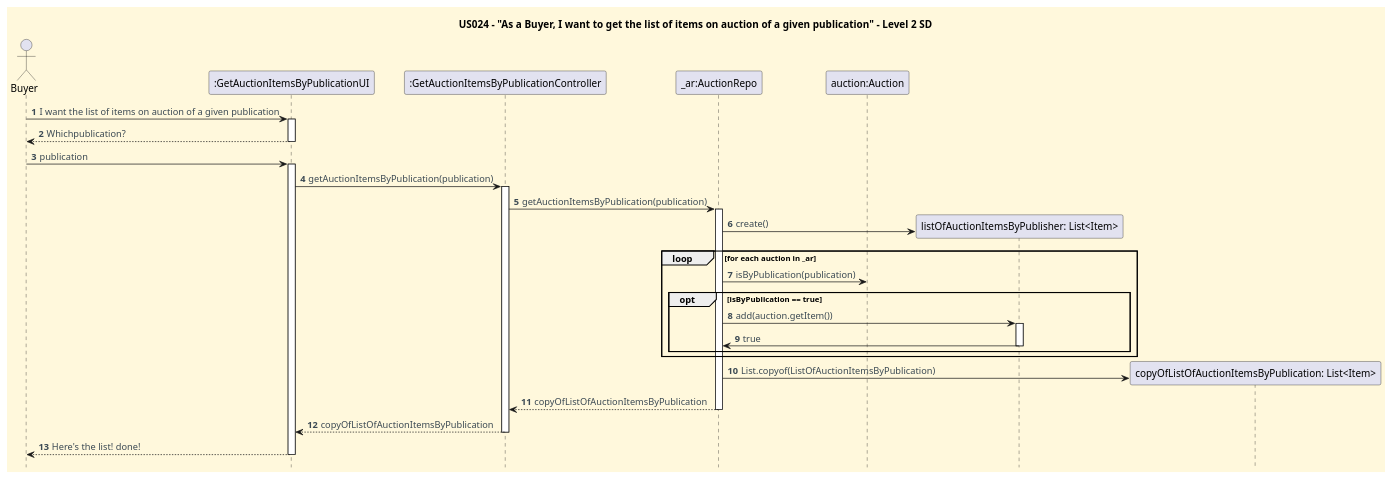
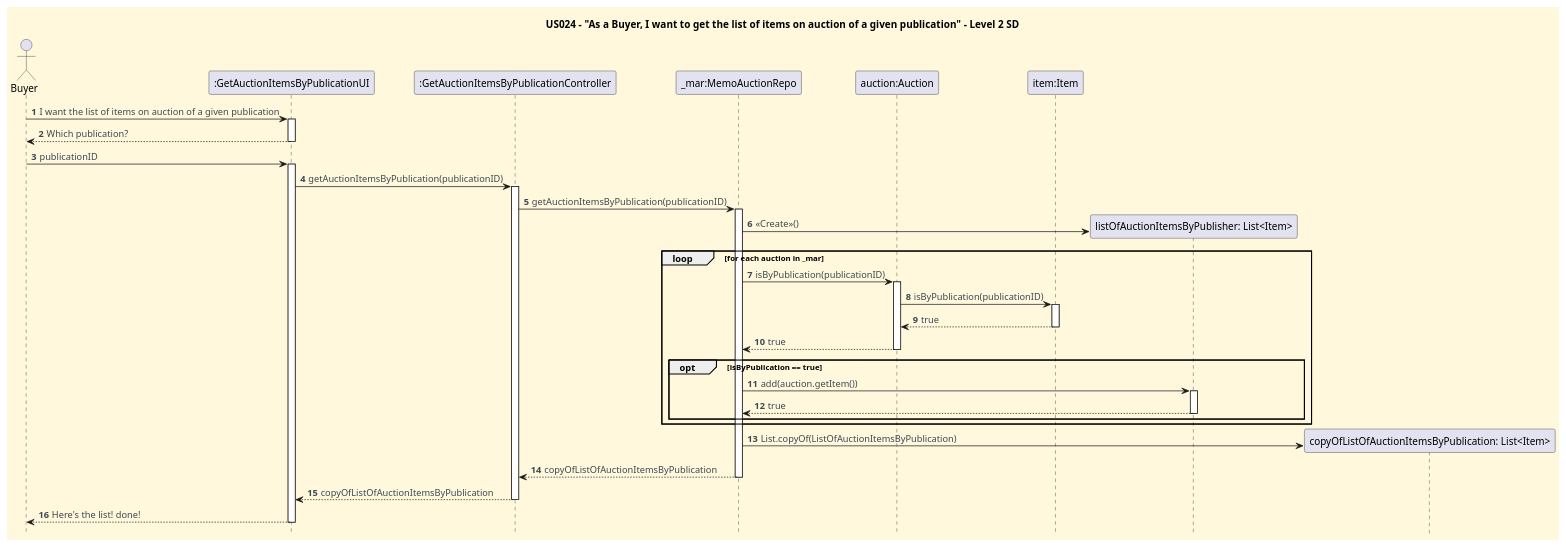
The diagram in docs/userStories/US024/US024_get_list_of_items_on_auction_of_given_publication_SD_2.puml (CarolinaLeite-collab/JavaMarketplacePlatform), drawn with PlantUML before and after one commit. The commit also changed 2 other files, not shown here.

```diff
--- a/docs/userStories/US024/US024_get_list_of_items_on_auction_of_given_publication_SD_2.puml
+++ b/docs/userStories/US024/US024_get_list_of_items_on_auction_of_given_publication_SD_2.puml
@@ -1,67 +1,75 @@
 @startuml
 title US024 - "As a Buyer, I want to get the list of items on auction of a given publication" - Level 2 SD
 hidefootbox
 
 '==== basic style ====
 skinparam monochrome false
 skinparam shadowing false
 skinparam defaultFontName Futura
 skinparam objectFontSize 20
 skinparam backgroundColor CornSilk
 skinparam objectBackgroundColor WhiteSmoke
 skinparam noteBackgroundColor #FFFFE0
 skinparam ArrowFontColor #3B4953
 skinparam ActivationBackgroundColor black
 
 autonumber
 autoactivate off
 
 ' --- Actor and participants ---
 actor Buyer
 participant ":GetAuctionItemsByPublicationUI" as UI
 participant ":GetAuctionItemsByPublicationController" as CTL
-participant "_ar:AuctionRepo" as AR
-participant "auction:Auction" as DS
+participant "_mar:MemoAuctionRepo" as mAR
+participant "auction:Auction" as AU
+participant "item:Item" as IT
 
 
 
 ' --- Dialog ---
 Buyer -> UI: I want the list of items on auction of a given publication
 activate UI
-UI --> Buyer: Whichpublication?
+UI --> Buyer: Which publication?
 deactivate UI
-Buyer -> UI: publication
+Buyer -> UI: publicationID
 activate UI
-UI -> CTL: getAuctionItemsByPublication(publication)
+UI -> CTL: getAuctionItemsByPublication(publicationID)
 activate CTL
-CTL -> AR: getAuctionItemsByPublication(publication)
-activate AR
+CTL -> mAR: getAuctionItemsByPublication(publicationID)
+activate mAR
 
 create "listOfAuctionItemsByPublisher: List<Item>" as List
-AR -> List: create()
+mAR -> List: <<Create>>()
 
-loop for each auction in _ar
-    AR -> DS: isByPublication(publication)
-'    activate DS
-'    DS -> DSR: true
-'    deactivate DS
+loop for each auction in _mar
+    mAR -> AU: isByPublication(publicationID)
+    activate AU
+    AU -> IT: isByPublication(publicationID)
+    activate IT
+    IT --> AU: true
+    deactivate IT
+    AU --> mAR: true
+    deactivate AU
+
+
+
     opt isByPublication == true
-        AR -> List: add(auction.getItem())
+        mAR -> List: add(auction.getItem())
         activate List
-        List -> AR: true
+        List --> mAR: true
         deactivate List
     end
 end
 
 create "copyOfListOfAuctionItemsByPublication: List<Item>" as Copy
-AR -> Copy: List.copyof(ListOfAuctionItemsByPublication)
+mAR -> Copy: List.copyOf(ListOfAuctionItemsByPublication)
 
 
-AR --> CTL: copyOfListOfAuctionItemsByPublication
-deactivate AR
+mAR --> CTL: copyOfListOfAuctionItemsByPublication
+deactivate mAR
 CTL --> UI: copyOfListOfAuctionItemsByPublication
 deactivate CTL
 UI --> Buyer: Here's the list! done!
 deactivate UI
 
 @enduml
```
